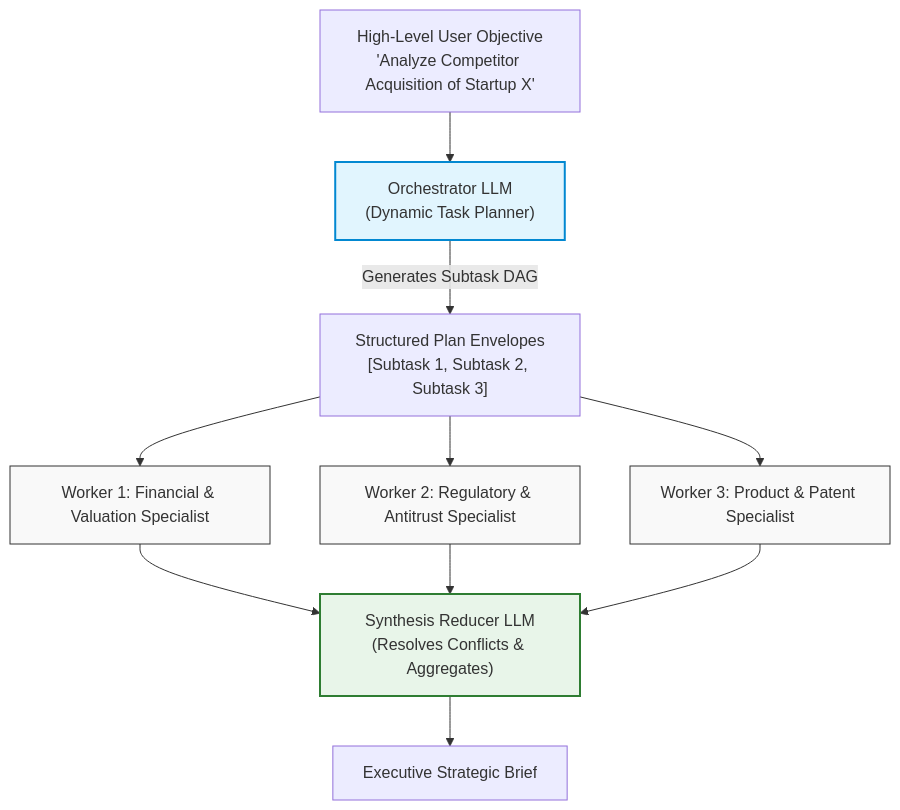
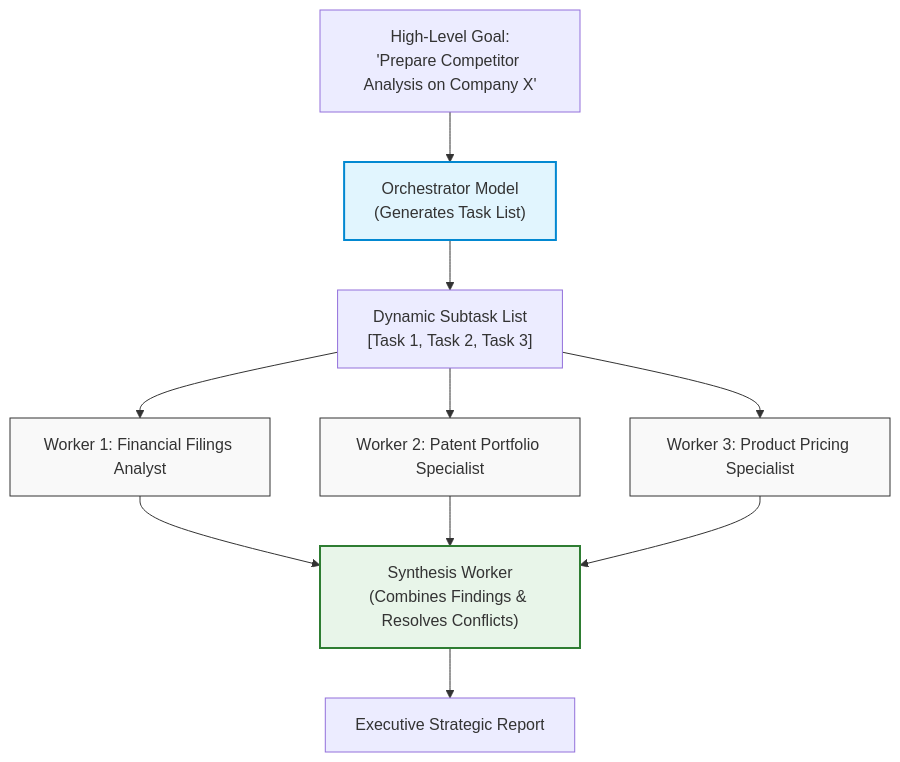
The seventh of 8 diagrams in 04-agentic-systems-and-orchestration/01-workflows-vs-agents-and-orchestration-patterns.md (dip4k/senior-engineer-to-ai-engineer-roadmap), drawn with Mermaid before and after one commit. The commit also changed other lines of this file and 11 other files, not shown here.

````diff
--- a/04-agentic-systems-and-orchestration/01-workflows-vs-agents-and-orchestration-patterns.md
+++ b/04-agentic-systems-and-orchestration/01-workflows-vs-agents-and-orchestration-patterns.md
@@ -264,17 +257,17 @@
 ```mermaid
 flowchart TD
     classDef plan fill:#e1f5fe,stroke:#0288d1,stroke-width:2px;
     classDef worker fill:#f9f9f9,stroke:#333,stroke-width:1px;
     classDef final fill:#e8f5e9,stroke:#2e7d32,stroke-width:2px;
 
-    Goal["High-Level User Objective\n'Analyze Competitor Acquisition of Startup X'"] --> Orch["Orchestrator LLM\n(Dynamic Task Planner)"]:::plan
+    Goal["High-Level Goal:\n'Prepare Competitor Analysis on Company X'"] --> Orch["Orchestrator Model\n(Generates Task List)"]:::plan
     
-    Orch -->|"Generates Subtask DAG"| PlanState["Structured Plan Envelopes\n[Subtask 1, Subtask 2, Subtask 3]"]
+    Orch --> PlanState["Dynamic Subtask List\n[Task 1, Task 2, Task 3]"]
     
-    PlanState --> W1["Worker 1: Financial & Valuation Specialist"]:::worker
-    PlanState --> W2["Worker 2: Regulatory & Antitrust Specialist"]:::worker
-    PlanState --> W3["Worker 3: Product & Patent Specialist"]:::worker
+    PlanState --> W1["Worker 1: Financial Filings Analyst"]:::worker
+    PlanState --> W2["Worker 2: Patent Portfolio Specialist"]:::worker
+    PlanState --> W3["Worker 3: Product Pricing Specialist"]:::worker
 
-    W1 & W2 & W3 --> Synth["Synthesis Reducer LLM\n(Resolves Conflicts & Aggregates)"]:::final
-    Synth --> Out["Executive Strategic Brief"]
+    W1 & W2 & W3 --> Synth["Synthesis Worker\n(Combines Findings & Resolves Conflicts)"]:::final
+    Synth --> Out["Executive Strategic Report"]
 ```
````
